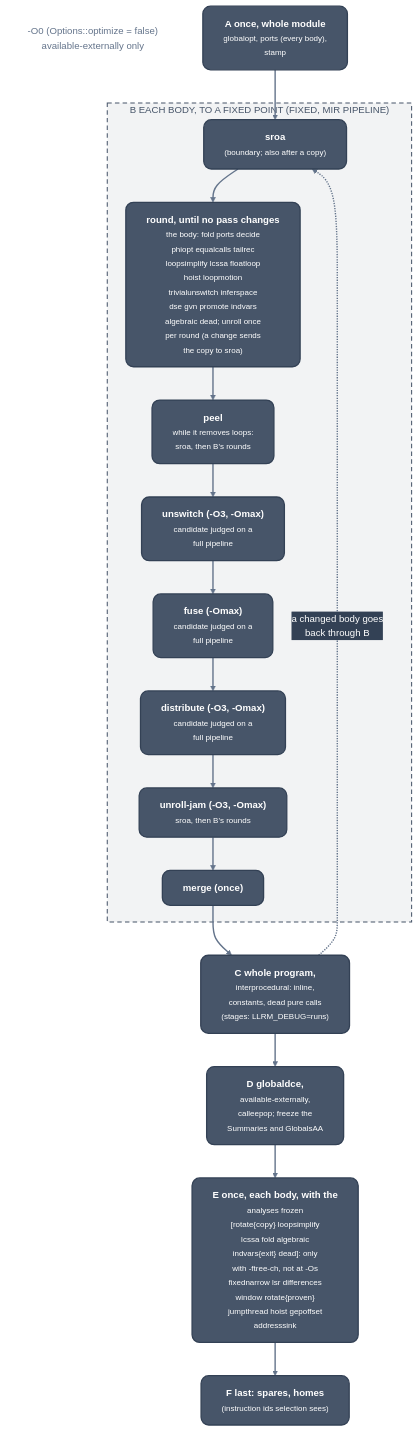
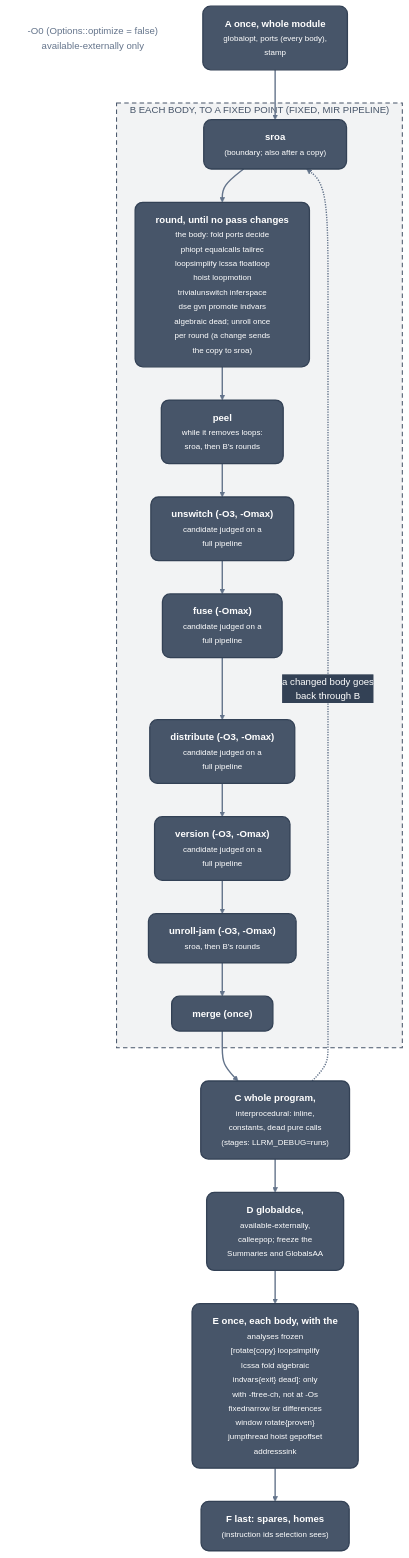
One commit to ali-mosavian/llrm changed the diagram in docs/optimizations/passes/pipeline.md. Above: the diagram before and after it, drawn with Mermaid. The commit also changed other lines of this file and 33 other files, not shown here.

````diff
--- a/docs/optimizations/passes/pipeline.md
+++ b/docs/optimizations/passes/pipeline.md
@@ -18,37 +18,39 @@
 ```mermaid
 %%{init: {'theme':'base','themeVariables':{'fontFamily':'Segoe UI, Helvetica Neue, Arial, DejaVu Sans, sans-serif','fontSize':'15px','primaryColor':'#475569','primaryTextColor':'#ffffff','primaryBorderColor':'#334155','lineColor':'#64748b','secondaryColor':'#475569','tertiaryColor':'transparent','clusterBkg':'transparent','clusterBorder':'#64748b','edgeLabelBackground':'#334155','textColor':'#64748b','titleColor':'#64748b'},'flowchart':{'curve':'basis','nodeSpacing':38,'rankSpacing':52,'padding':16,'wrappingWidth':360,'htmlLabels':true,'useMaxWidth':true}}}%%
 flowchart TB
   classDef mid fill:#475569,stroke:#334155,stroke-width:2px,color:#ffffff,rx:12px,ry:12px
   classDef note fill:transparent,stroke:transparent,color:#64748b
   linkStyle default stroke:#64748b,stroke-width:2.2px
   o0["-O0 (Options::optimize = false)<br/>available-externally only"]:::note
   a["<b>A  once, whole module</b><br/><small>globalopt, ports (every body),<br/>stamp</small>"]:::mid
   subgraph g_b["B  EACH BODY, TO A FIXED POINT (FIXED, MIR PIPELINE)"]
     sroa["<b>sroa</b><br/><small>(boundary#59; also after a copy)</small>"]:::mid
     rnd["<b>round, until no pass changes</b><br/><small>the body: fold ports decide<br/>phiopt equalcalls tailrec<br/>loopsimplify lcssa floatloop<br/>hoist loopmotion<br/>trivialunswitch inferspace<br/>dse gvn promote indvars<br/>algebraic dead#59; unroll once<br/>per round (a change sends<br/>the copy to sroa)</small>"]:::mid
     peel["<b>peel</b><br/><small>while it removes loops:<br/>sroa, then B's rounds</small>"]:::mid
     unsw["<b>unswitch (-O3, -Omax)</b><br/><small>candidate judged on a<br/>full pipeline</small>"]:::mid
     dist["<b>distribute (-O3, -Omax)</b><br/><small>candidate judged on a<br/>full pipeline</small>"]:::mid
+    ver["<b>version (-O3, -Omax)</b><br/><small>candidate judged on a<br/>full pipeline</small>"]:::mid
     fuse["<b>fuse (-Omax)</b><br/><small>candidate judged on a<br/>full pipeline</small>"]:::mid
     jam["<b>unroll-jam (-O3, -Omax)</b><br/><small>sroa, then B's rounds</small>"]:::mid
     mrg["<b>merge (once)</b>"]:::mid
   end
   c["<b>C  whole program,</b><br/><small>interprocedural: inline,<br/>constants, dead pure calls<br/>(stages: LLRM_DEBUG=runs)</small>"]:::mid
   d["<b>D  globaldce,</b><br/><small>available-externally,<br/>calleepop#59; freeze the<br/>Summaries and GlobalsAA</small>"]:::mid
   e["<b>E  once, each body, with the</b><br/><small>analyses frozen<br/>[rotate#123;copy#125; loopsimplify<br/>lcssa fold algebraic<br/>indvars#123;exit#125; dead]: only<br/>with -ftree-ch, not at -Os<br/>fixednarrow lsr differences<br/>window rotate#123;proven#125;<br/>jumpthread hoist gepoffset<br/>addresssink</small>"]:::mid
   f["<b>F  last: spares, homes</b><br/><small>(instruction ids selection sees)</small>"]:::mid
   a --> sroa
   sroa --> rnd
   rnd --> peel
   peel --> unsw
   unsw --> fuse
   fuse --> dist
-  dist --> jam
+  dist --> ver
+  ver --> jam
   jam --> mrg
   mrg --> c
   c -.->|"a changed body goes<br/>back through B"| sroa
   c --> d
   d --> e
   e --> f
   style g_b fill:#47556912,stroke:#475569,stroke-width:1.6px,stroke-dasharray:7 5,color:#475569
 ```
````
